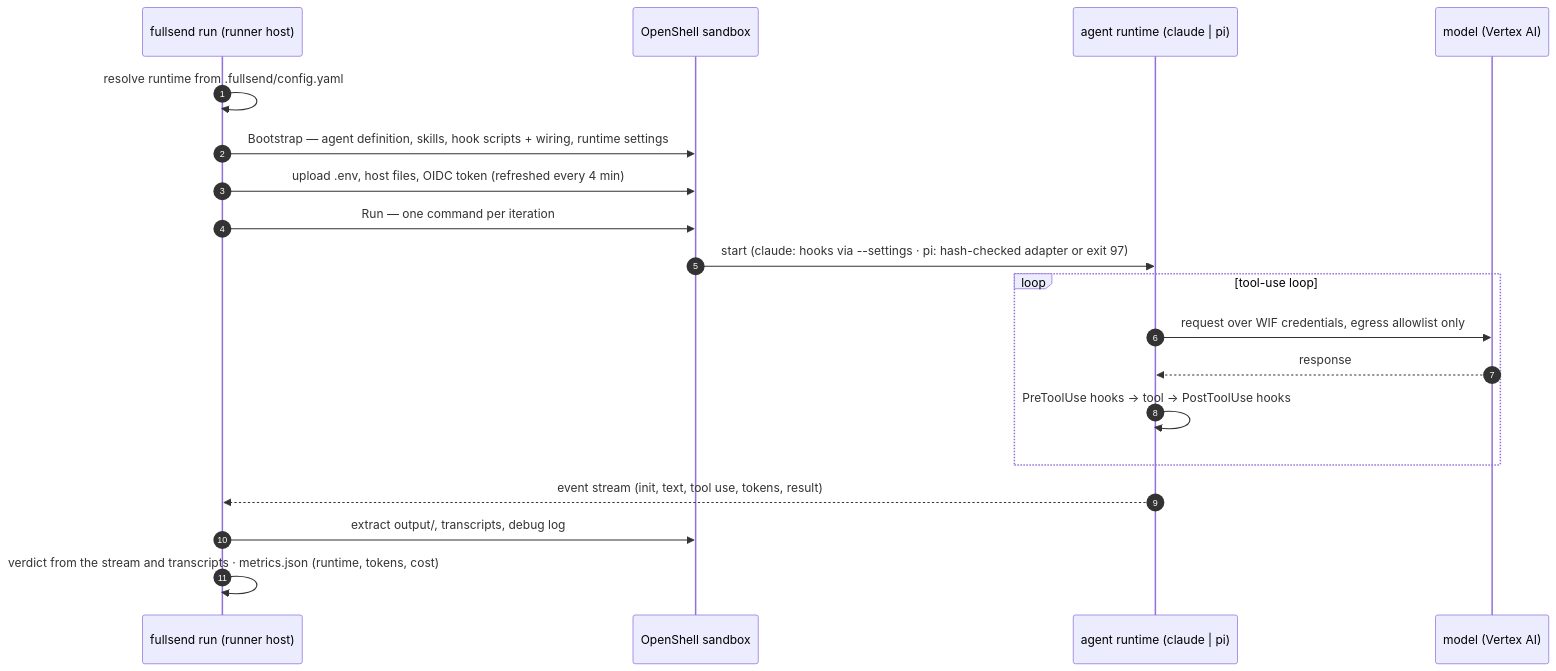
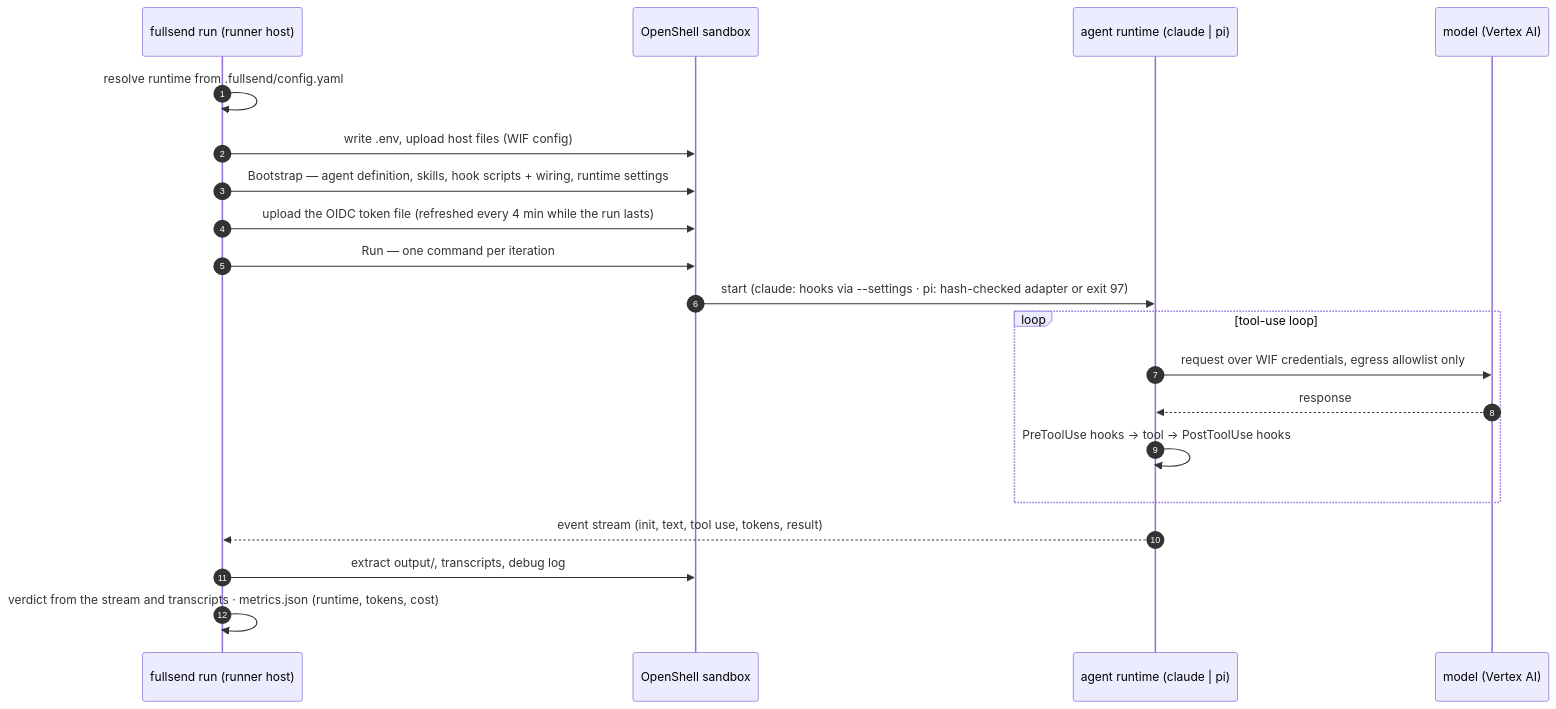
The first of 3 diagrams in docs/runtimes.md (Benkapner/fullsend), drawn with Mermaid before and after one commit. The commit also changed other lines of this file and 3 other files, not shown here.

First line of the commit message:
docs(#6464): keep </dev/null visible in diagrams; qualify sandbox credentials

````diff
--- a/docs/runtimes.md
+++ b/docs/runtimes.md
@@ -9,21 +9,22 @@
 ```mermaid
 sequenceDiagram
   autonumber
   participant R as fullsend run (runner host)
   participant S as OpenShell sandbox
   participant A as agent runtime (claude | pi)
   participant M as model (Vertex AI)
   R->>R: resolve runtime from .fullsend/config.yaml
+  R->>S: write .env, upload host files (WIF config)
   R->>S: Bootstrap — agent definition, skills, hook scripts + wiring, runtime settings
-  R->>S: upload .env, host files, OIDC token (refreshed every 4 min)
+  R->>S: upload the OIDC token file (refreshed every 4 min while the run lasts)
   R->>S: Run — one command per iteration
   S->>A: start (claude: hooks via --settings · pi: hash-checked adapter or exit 97)
   loop tool-use loop
     A->>M: request over WIF credentials, egress allowlist only
     M-->>A: response
     A->>A: PreToolUse hooks → tool → PostToolUse hooks
   end
   A-->>R: event stream (init, text, tool use, tokens, result)
   R->>S: extract output/, transcripts, debug log
   R->>R: verdict from the stream and transcripts · metrics.json (runtime, tokens, cost)
 ```
````
